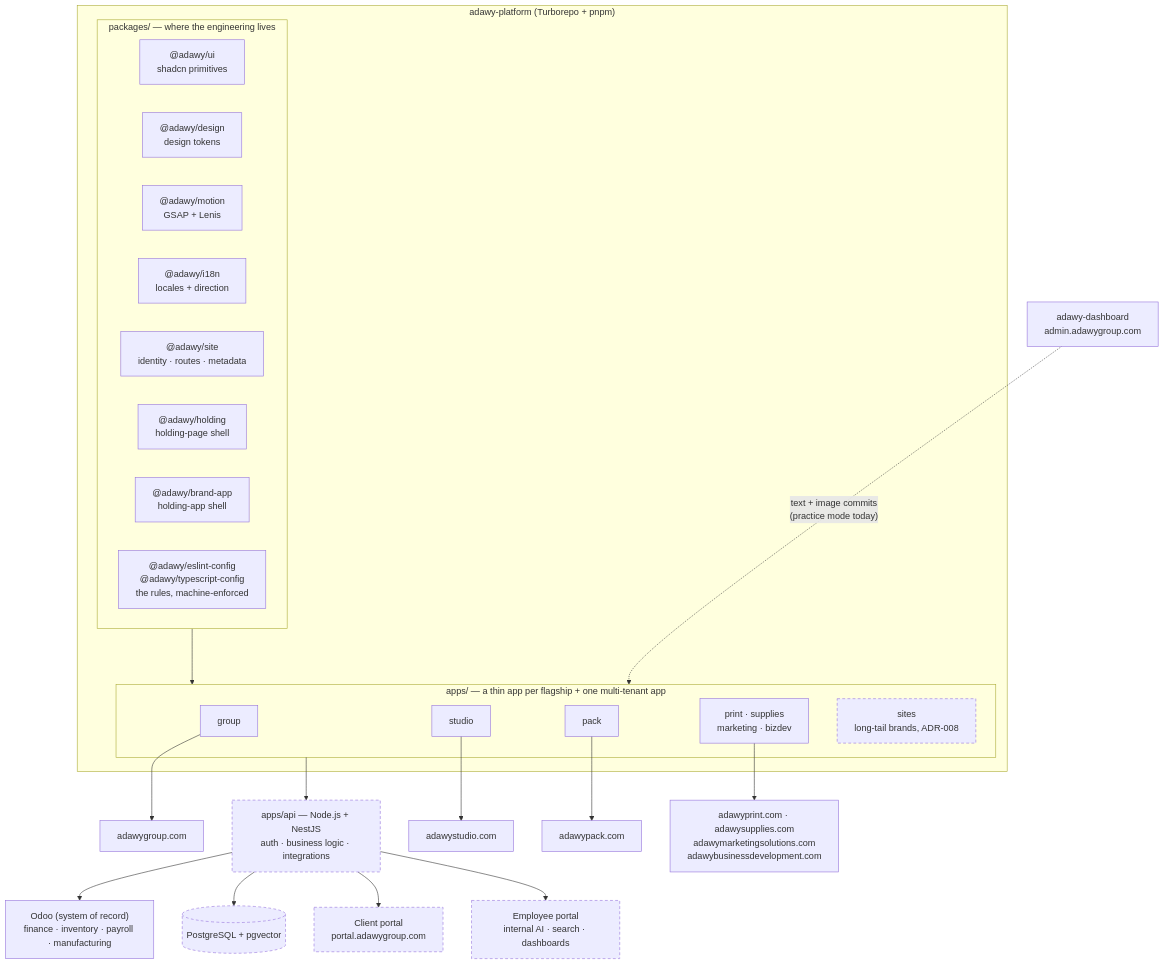
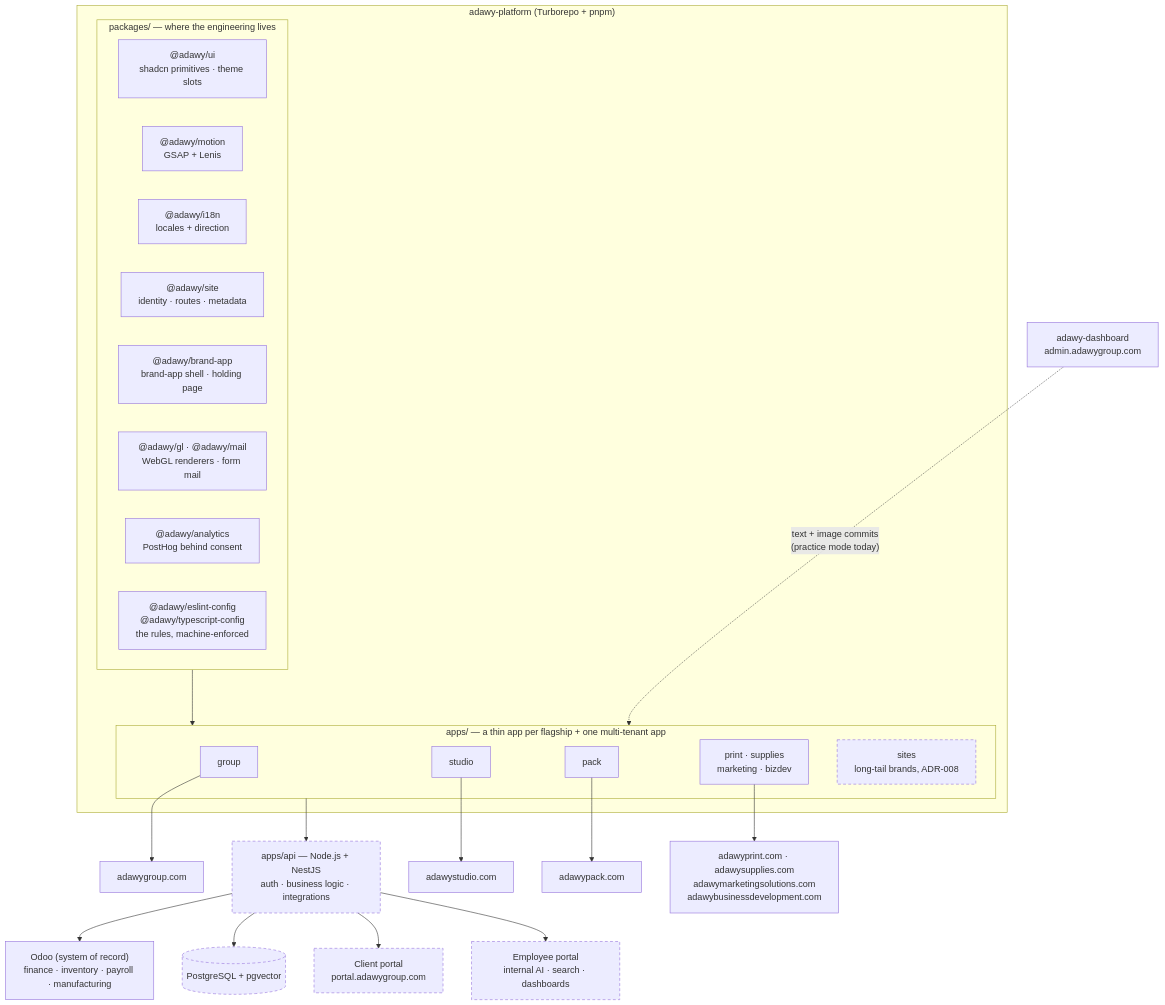
One commit to Adawy-Group/adawy-technical-docs changed the diagram in content/architecture/index.mdx. Above: the diagram before and after it, drawn with Mermaid. The commit also changed other lines of this file and 18 other files, not shown here.

Commit message:
Document the platform refactor of 23 November: new mail and gl packages, one-call holding pages, and the code and comment standard (#19)

````diff
--- a/content/architecture/index.mdx
+++ b/content/architecture/index.mdx
@@ -17,36 +17,36 @@
 ```mermaid
 flowchart TD
     subgraph MONO["adawy-platform (Turborepo + pnpm)"]
         subgraph PKGS["packages/ — where the engineering lives"]
-            UI["@adawy/ui<br/>shadcn primitives"]
-            TW["@adawy/design<br/>design tokens"]
+            UI["@adawy/ui<br/>shadcn primitives · theme slots"]
             MO["@adawy/motion<br/>GSAP + Lenis"]
             IN["@adawy/i18n<br/>locales + direction"]
             SEOP["@adawy/site<br/>identity · routes · metadata"]
-            UT["@adawy/holding<br/>holding-page shell"]
-            BA["@adawy/brand-app<br/>holding-app shell"]
+            BA["@adawy/brand-app<br/>brand-app shell · holding page"]
+            GLM["@adawy/gl · @adawy/mail<br/>WebGL renderers · form mail"]
+            AN["@adawy/analytics<br/>PostHog behind consent"]
             LINT["@adawy/eslint-config<br/>@adawy/typescript-config<br/>the rules, machine-enforced"]
         end
         subgraph APPS["apps/ — a thin app per flagship + one multi-tenant app"]
             G["group"]
             S["studio"]
             P["pack"]
             H["print · supplies<br/>marketing · bizdev"]
             N["sites<br/>long-tail brands, ADR-008"]
         end
         PKGS --> APPS
     end
     G --> DG["adawygroup.com"]
     S --> DS["adawystudio.com"]
     P --> DP["adawypack.com"]
     H --> DH["adawyprint.com · adawysupplies.com<br/>adawymarketingsolutions.com<br/>adawybusinessdevelopment.com"]
     DASH["adawy-dashboard<br/>admin.adawygroup.com"] -.->|"text + image commits<br/>(practice mode today)"| APPS
     APPS --> BE["apps/api — Node.js + NestJS<br/>auth · business logic · integrations"]
     BE --> ODOO["Odoo (system of record)<br/>finance · inventory · payroll · manufacturing"]
     BE --> DB[("PostgreSQL + pgvector")]
     BE --> PORTAL["Client portal<br/>portal.adawygroup.com"]
     BE --> EMP["Employee portal<br/>internal AI · search · dashboards"]
 
     classDef planned stroke-dasharray: 5 4;
     class N,BE,DB,PORTAL,EMP planned;
 ```
````
